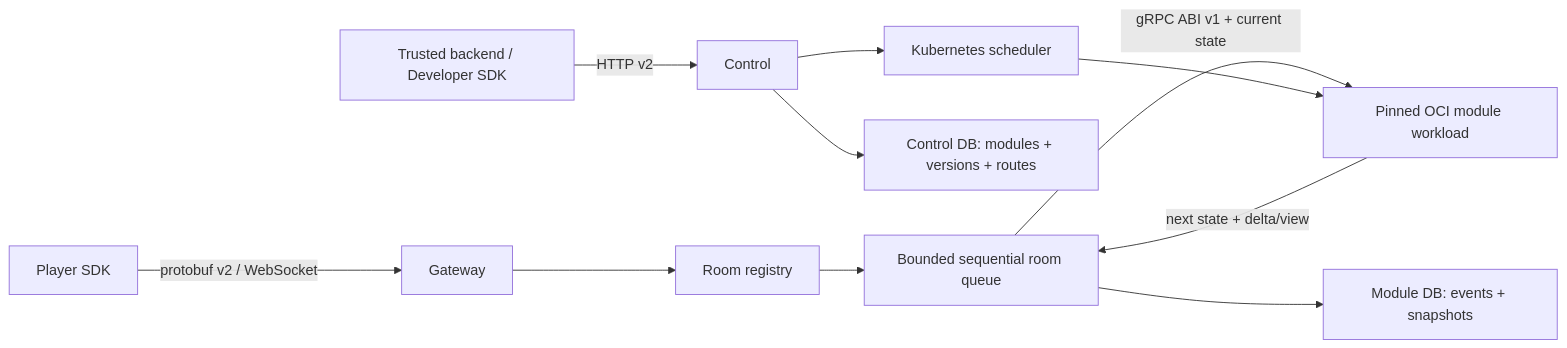
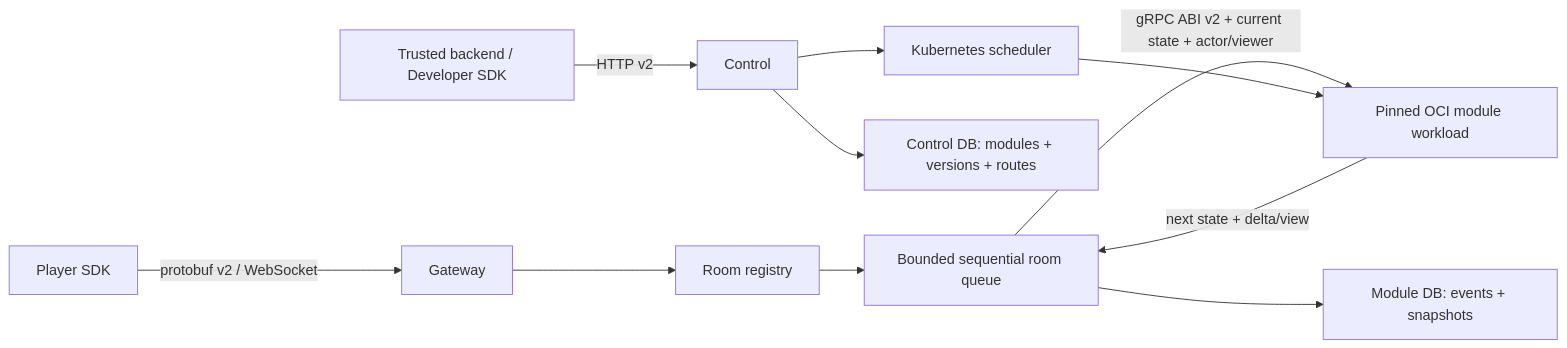
One commit to Ruleshift/server changed the diagram in docs/architecture.md. Above: the diagram before and after it, drawn with Mermaid. The commit also changed other lines of this file and 58 other files, not shown here.

````diff
--- a/docs/architecture.md
+++ b/docs/architecture.md
@@ -6,13 +6,13 @@
 ```mermaid
 flowchart LR
     Player["Player SDK"] -->|"protobuf v2 / WebSocket"| Gateway
     Backend["Trusted backend / Developer SDK"] -->|"HTTP v2"| Control
     Gateway --> Registry["Room registry"]
     Registry --> Queue["Bounded sequential room queue"]
-    Queue -->|"gRPC ABI v1 + current state"| Module["Pinned OCI module workload"]
+    Queue -->|"gRPC ABI v2 + current state + actor/viewer"| Module["Pinned OCI module workload"]
     Module -->|"next state + delta/view"| Queue
     Queue --> Store["Module DB: events + snapshots"]
     Control --> ControlDB["Control DB: modules + versions + routes"]
     Control --> Scheduler["Kubernetes scheduler"]
     Scheduler --> Module
 ```
````
